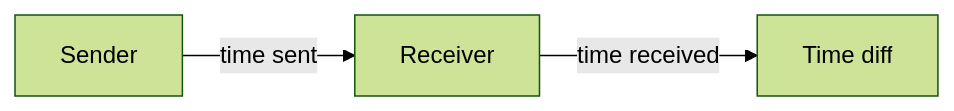
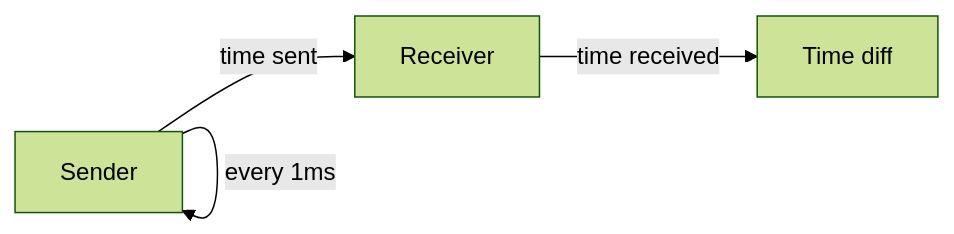
Before and after one commit to dunnock/ll-udp-pubsub: the diagram in slidev/pages/4-1-event-loop.md, drawn with Mermaid (forest theme). The commit also changed 14 other files, not shown here.

````diff
--- a/slidev/pages/4-1-event-loop.md
+++ b/slidev/pages/4-1-event-loop.md
@@ -42,4 +42,5 @@
 ```mermaid
 flowchart LR
     Sender -->|time sent| Receiver -->|time received| tdiff[Time diff]
+    Sender -->|every 1ms| Sender
 ```
````
